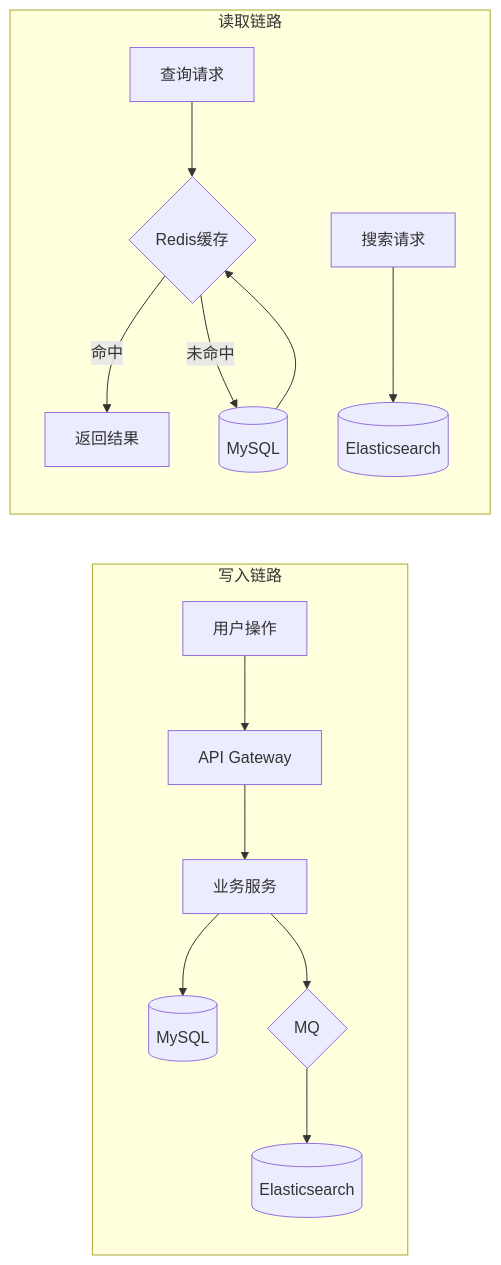
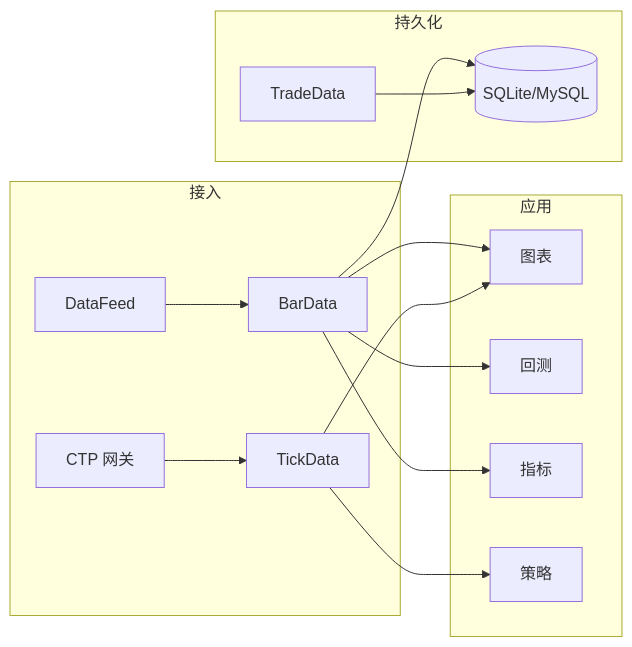
One commit to oleewen/atmquant changed the diagram in docs/knowledge/data/DATA-ARCHITECTURE.md. Above: the diagram before and after it, drawn with Mermaid. The commit also changed other lines of this file and 51 other files, not shown here.

````diff
--- a/docs/knowledge/data/DATA-ARCHITECTURE.md
+++ b/docs/knowledge/data/DATA-ARCHITECTURE.md
@@ -33,18 +34,18 @@
 ```mermaid
 graph LR
-    subgraph 写入链路
-        APP[用户操作] --> API[API Gateway]
-        API --> SVC[业务服务]
-        SVC --> DB[(MySQL)]
-        SVC --> MQ{MQ}
-        MQ --> ES[(Elasticsearch)]
+    subgraph 接入
+        CTP[CTP 网关] --> Tick[TickData]
+        DataFeed[DataFeed] --> Bar[BarData]
     end
-    
-    subgraph 读取链路
-        QUERY[查询请求] --> CACHE{Redis缓存}
-        CACHE -->|命中| RESP[返回结果]
-        CACHE -->|未命中| DB2[(MySQL)]
-        DB2 --> CACHE
-        SEARCH[搜索请求] --> ES2[(Elasticsearch)]
+    subgraph 应用
+        Bar --> Chart[图表]
+        Bar --> Backtest[回测]
+        Bar --> Indicator[指标]
+        Tick --> Chart
+        Tick --> Strategy[策略]
+    end
+    subgraph 持久化
+        Bar --> DB[(SQLite/MySQL)]
+        Trade[TradeData] --> DB
     end
 ```
````
